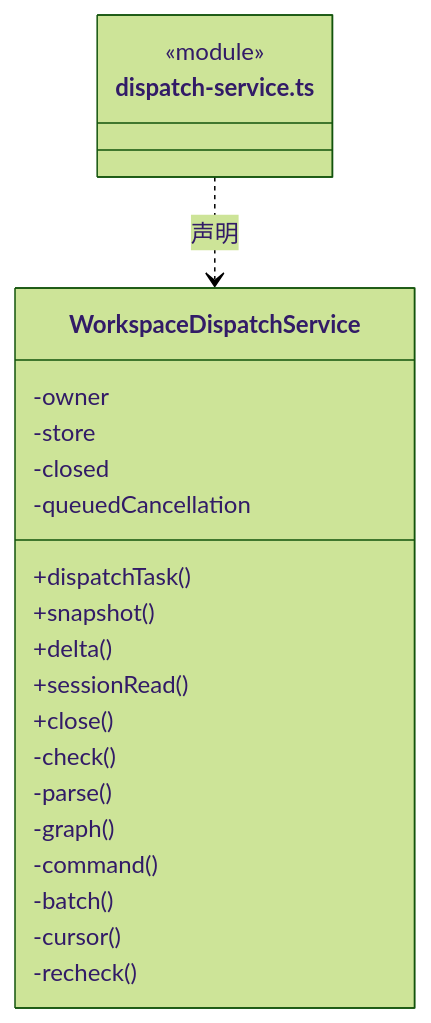
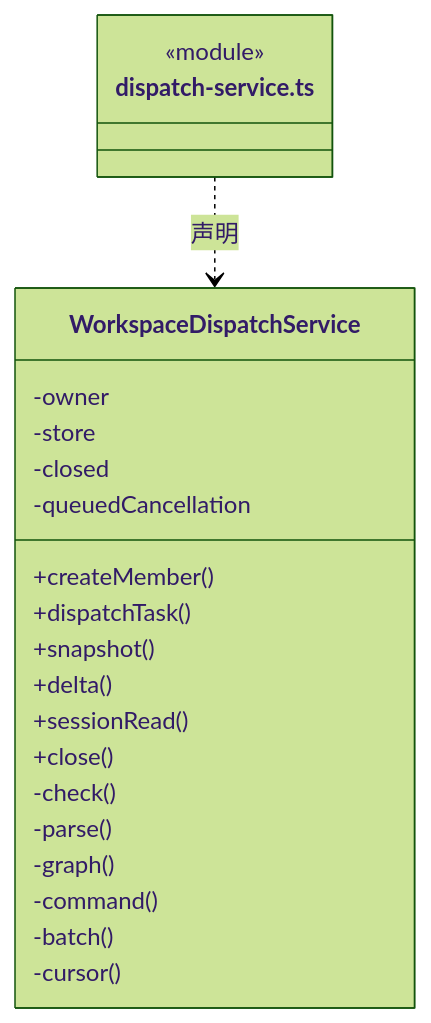
One commit to nan023062/cbim changed the seventh of 48 diagrams in src/backend/scheduler-engine/execution/ARCHITECTURE.md. Above: the diagram before and after it, drawn with Mermaid (forest theme). The commit also changed other lines of this file and 64 other files, not shown here.

````diff
--- a/src/backend/scheduler-engine/execution/ARCHITECTURE.md
+++ b/src/backend/scheduler-engine/execution/ARCHITECTURE.md
@@ -230,25 +232,25 @@
 ```mermaid
 classDiagram
 class N_src_backend_scheduler_engine_execution_dispatch_service_ts["dispatch-service.ts"] {
   <<module>>
 }
 class N_src_backend_scheduler_engine_execution_dispatch_service_ts_WorkspaceDispatchService["WorkspaceDispatchService"] {
+  +createMember()
   +dispatchTask()
   +snapshot()
   +delta()
   +sessionRead()
   +close()
   -owner
   -store
   -closed
   -queuedCancellation
   -check()
   -parse()
   -graph()
   -command()
   -batch()
   -cursor()
-  -recheck()
 }
 N_src_backend_scheduler_engine_execution_dispatch_service_ts ..> N_src_backend_scheduler_engine_execution_dispatch_service_ts_WorkspaceDispatchService : 声明
 ```
````
